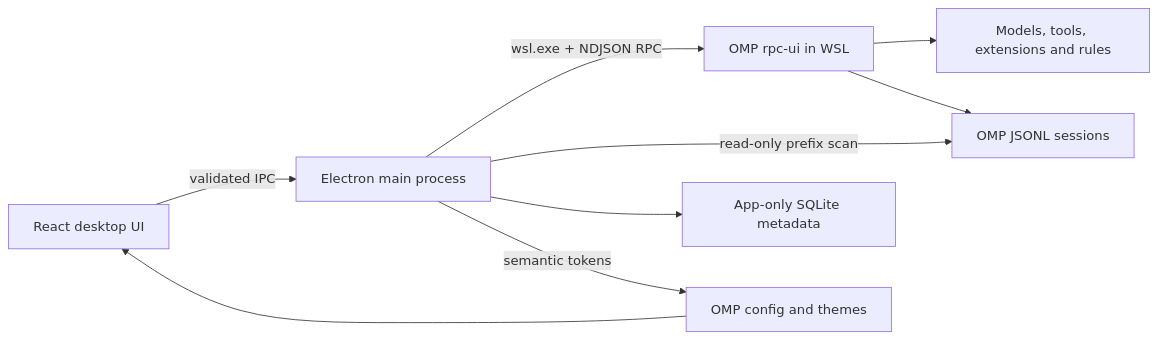
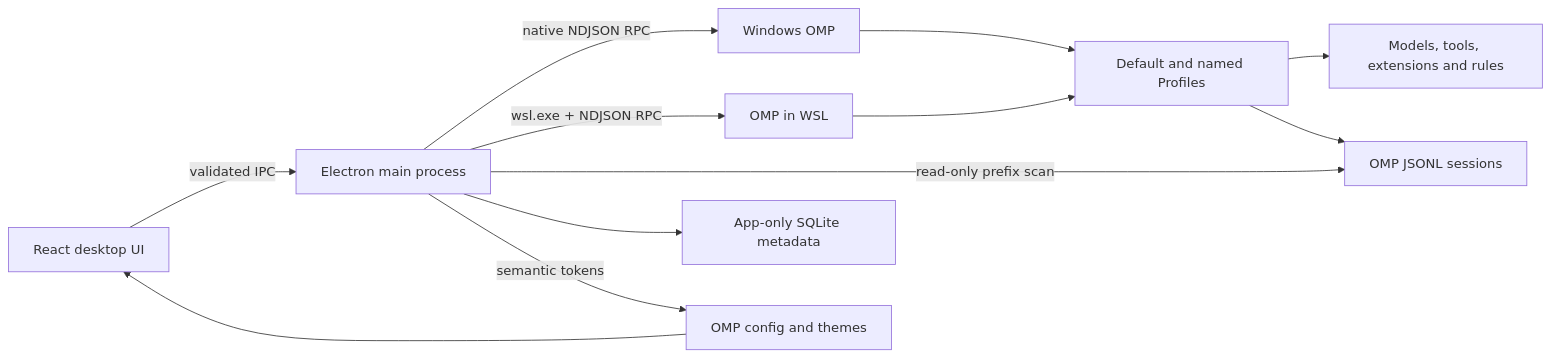
The diagram in docs/ARCHITECTURE.md (Eijnewgnaw/omp-desktop), drawn with Mermaid before and after one commit. The commit also changed other lines of this file and 60 other files, not shown here.

````diff
--- a/docs/ARCHITECTURE.md
+++ b/docs/ARCHITECTURE.md
@@ -5,11 +5,14 @@
 ```mermaid
 flowchart LR
   UI["React desktop UI"] -->|"validated IPC"| Main["Electron main process"]
-  Main -->|"wsl.exe + NDJSON RPC"| OMP["OMP rpc-ui in WSL"]
-  OMP --> Models["Models, tools, extensions and rules"]
+  Main -->|"native NDJSON RPC"| Native["Windows OMP"]
+  Main -->|"wsl.exe + NDJSON RPC"| WSL["OMP in WSL"]
+  Native --> Profiles["Default and named Profiles"]
+  WSL --> Profiles
+  Profiles --> Models["Models, tools, extensions and rules"]
   Main -->|"read-only prefix scan"| Sessions["OMP JSONL sessions"]
   Main --> Metadata["App-only SQLite metadata"]
-  OMP --> Sessions
+  Profiles --> Sessions
   Main -->|"semantic tokens"| Themes["OMP config and themes"]
   Themes --> UI
 ```
````
